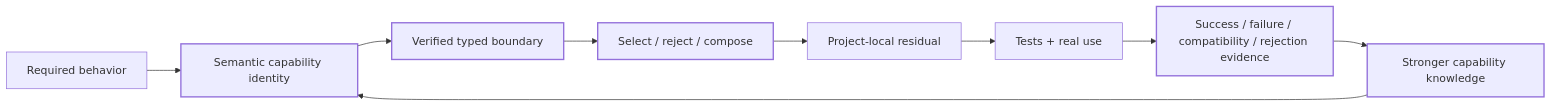
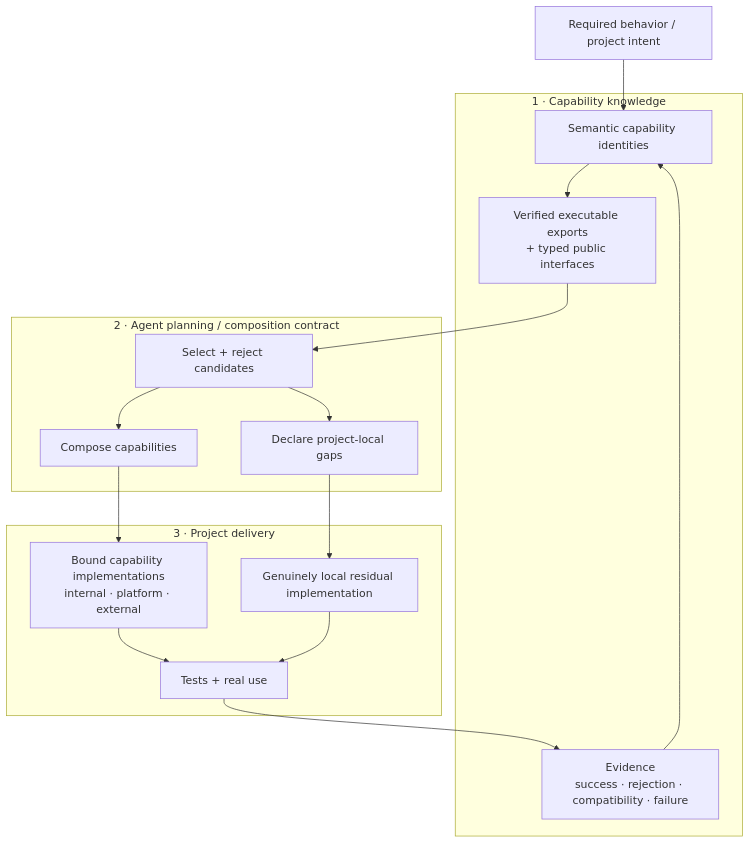
The diagram in README.md (BrianMills2718/agentic-capability-architecture-canonical), drawn with Mermaid before and after one commit. The commit also changed other lines of this file, not shown here.

Commit message:
Route README through Representation Router (#42)

````diff
--- a/README.md
+++ b/README.md
@@ -33,14 +35,34 @@
 ```mermaid
-flowchart LR
-    R[Required behavior] --> I[Semantic capability identity]
-    I --> B[Verified typed boundary]
-    B --> P[Select / reject / compose]
-    P --> L[Project-local residual]
-    L --> T[Tests + real use]
-    T --> E[Success / failure / compatibility / rejection evidence]
-    E --> K[Stronger capability knowledge]
-    K --> I
+flowchart TB
+    R["Required behavior / project intent"]
 
-    classDef core stroke-width:2px;
-    class I,B,P,E,K core;
+    subgraph K["1 · Capability knowledge"]
+      I["Semantic capability identities"]
+      V["Verified executable exports\n+ typed public interfaces"]
+      E["Evidence\nsuccess · rejection · compatibility · failure"]
+      I --> V
+      E --> I
+    end
+
+    subgraph P["2 · Agent planning / composition contract"]
+      S["Select + reject candidates"]
+      C["Compose capabilities"]
+      G["Declare project-local gaps"]
+      S --> C
+      S --> G
+    end
+
+    subgraph D["3 · Project delivery"]
+      X["Bound capability implementations\ninternal · platform · external"]
+      L["Genuinely local residual implementation"]
+      T["Tests + real use"]
+      X --> T
+      L --> T
+    end
+
+    R --> I
+    V --> S
+    C --> X
+    G --> L
+    T --> E
 ```
````
